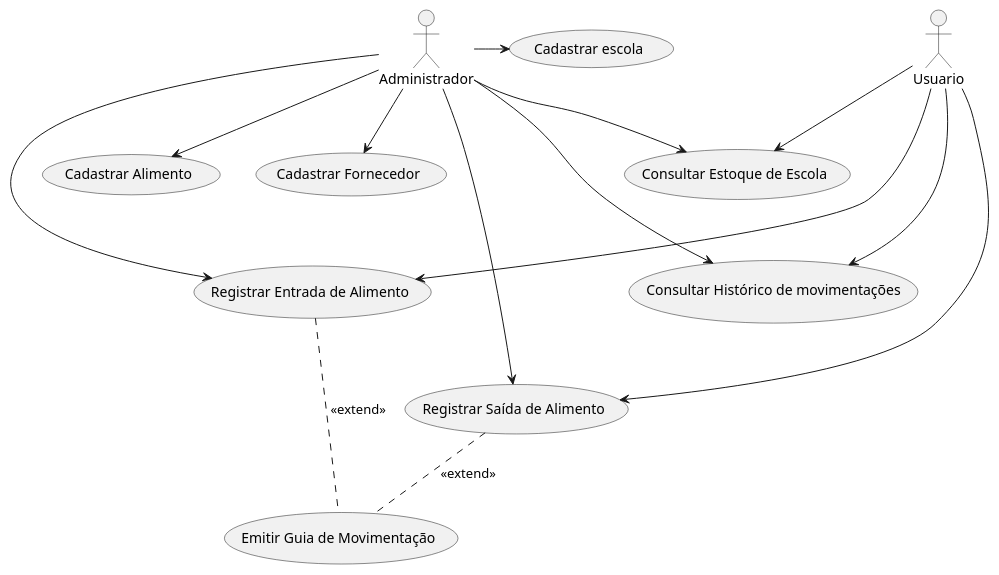
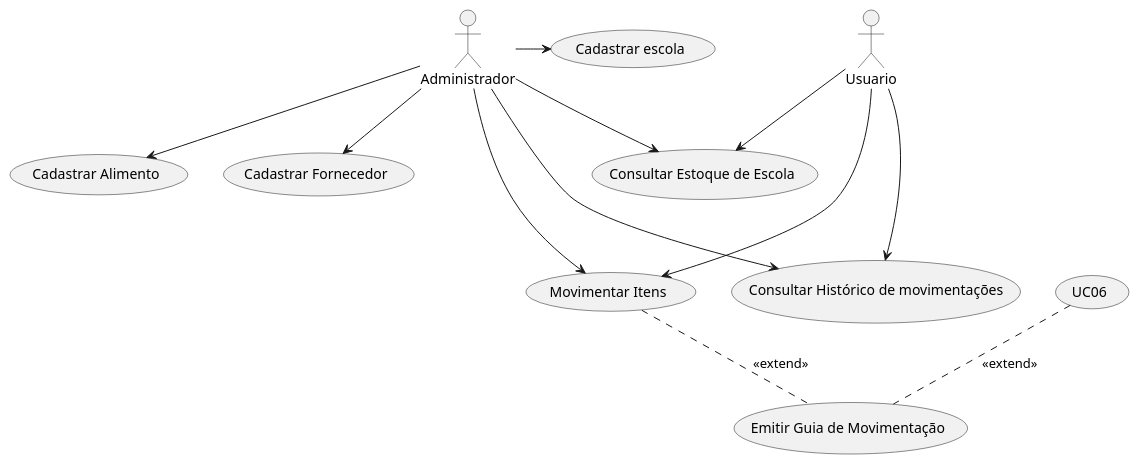
One commit to NOCKjr/TESI_I_PROJETO_ESTOQUE changed the diagram in projeto_estoque.puml. Above: the diagram before and after it, drawn with PlantUML.

Commit message:
entrada e saida para um unico caso de uso.

```diff
--- a/projeto_estoque.puml
+++ b/projeto_estoque.puml
@@ -1,29 +1,26 @@
 @startuml
 'https://plantuml.com/use-case-diagram
 
 (Cadastrar escola) as (UC01)
 (Cadastrar Alimento) as (UC02)
 (Cadastrar Fornecedor) as (UC03)
 (Consultar Histórico de movimentações) as (UC04)
-(Registrar Entrada de Alimento) as (UC05)
-(Registrar Saída de Alimento) as (UC06)
+(Movimentar Itens) as (UC05)
 (Emitir Guia de Movimentação) as (UC07)
 (Consultar Estoque de Escola) as (UC08)
 
 
 Administrador -> (UC01)
 Administrador --> (UC02)
 Administrador --> (UC03)
 Administrador ---> (UC04)
 Administrador ---> (UC05)
-Administrador ----> (UC06)
 Administrador --> (UC08)
 
 Usuario ---> (UC04)
 Usuario ---> (UC05)
-Usuario ----> (UC06)
 Usuario --> (UC08)
 
 (UC05) .. (UC07) : <<extend>>
 (UC06) .. (UC07) : <<extend>>
 @enduml
```
